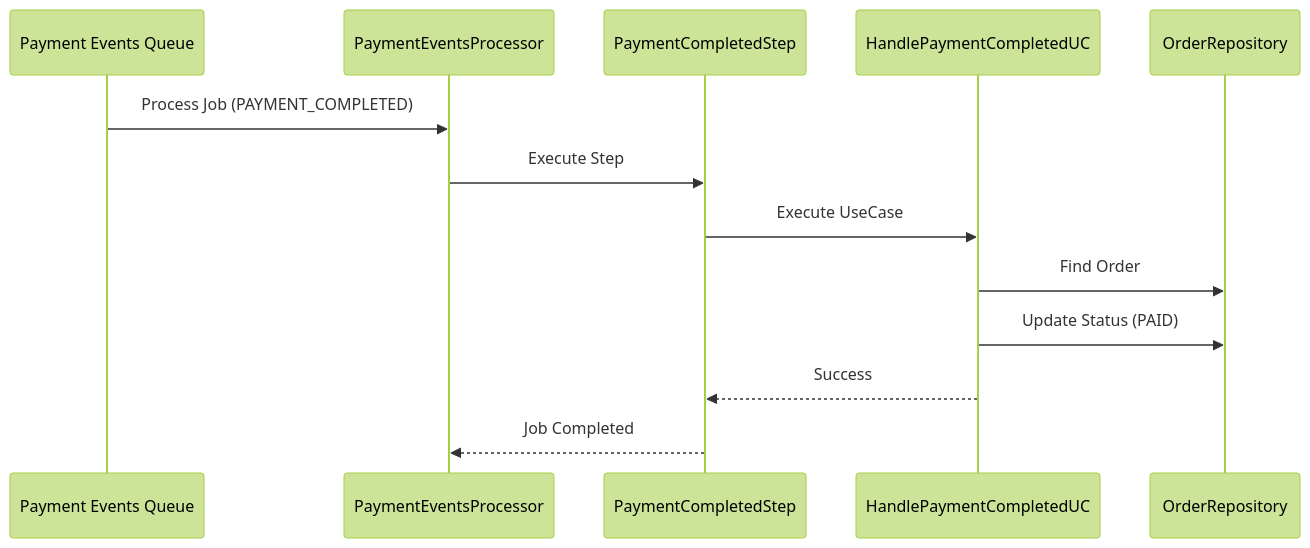
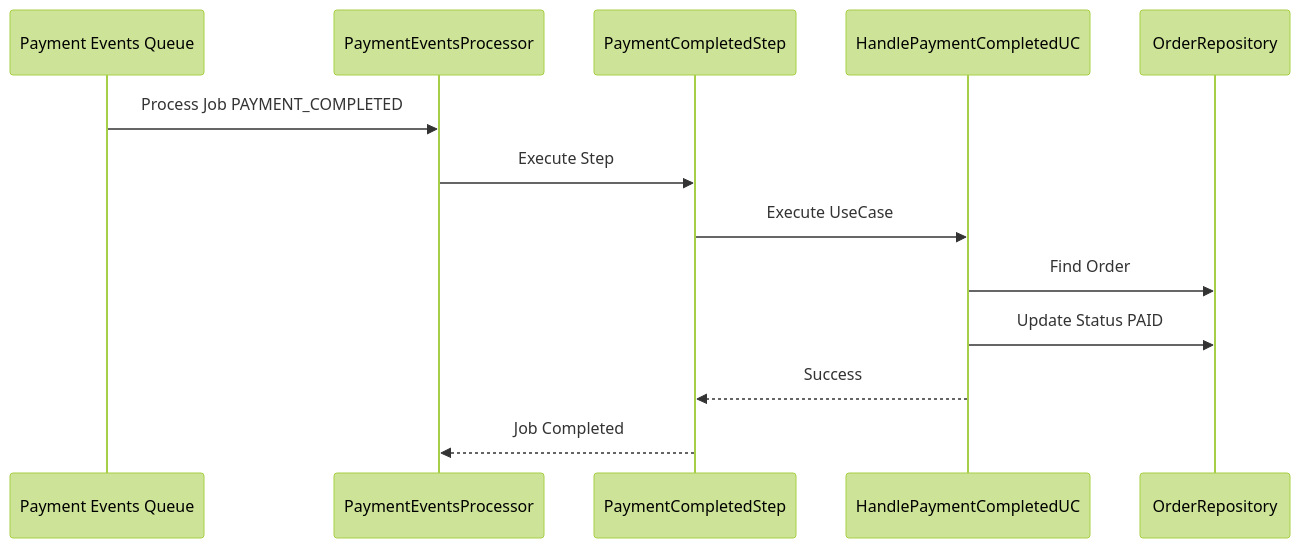
One commit to raouf-b-dev/ecommerce-store-api changed the eighth of 11 diagrams in docs/architecture/ARCHITECTURE.md. Above: the diagram before and after it, drawn with Mermaid (forest theme). The commit also changed other lines of this file, not shown here.

First line of the commit message:
Refactor architecture documentation for clarity and consistency

````diff
--- a/docs/architecture/ARCHITECTURE.md
+++ b/docs/architecture/ARCHITECTURE.md
@@ -329,16 +323,16 @@
 ```mermaid
 sequenceDiagram
-    participant Queue as Payment Events Queue
-    participant Processor as PaymentEventsProcessor
-    participant Step as PaymentCompletedStep
-    participant UseCase as HandlePaymentCompletedUC
-    participant OrderRepo as OrderRepository
+ participant Queue as Payment Events Queue
+ participant Processor as PaymentEventsProcessor
+ participant Step as PaymentCompletedStep
+ participant UseCase as HandlePaymentCompletedUC
+ participant OrderRepo as OrderRepository
 
-    Queue->>Processor: Process Job (PAYMENT_COMPLETED)
-    Processor->>Step: Execute Step
-    Step->>UseCase: Execute UseCase
-    UseCase->>OrderRepo: Find Order
-    UseCase->>OrderRepo: Update Status (PAID)
-    UseCase-->>Step: Success
-    Step-->>Processor: Job Completed
+ Queue->>Processor: Process Job PAYMENT_COMPLETED
+ Processor->>Step: Execute Step
+ Step->>UseCase: Execute UseCase
+ UseCase->>OrderRepo: Find Order
+ UseCase->>OrderRepo: Update Status PAID
+ UseCase-->>Step: Success
+ Step-->>Processor: Job Completed
 ```
````
